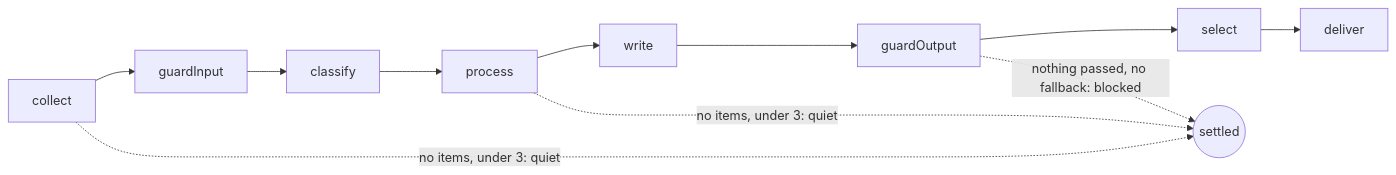
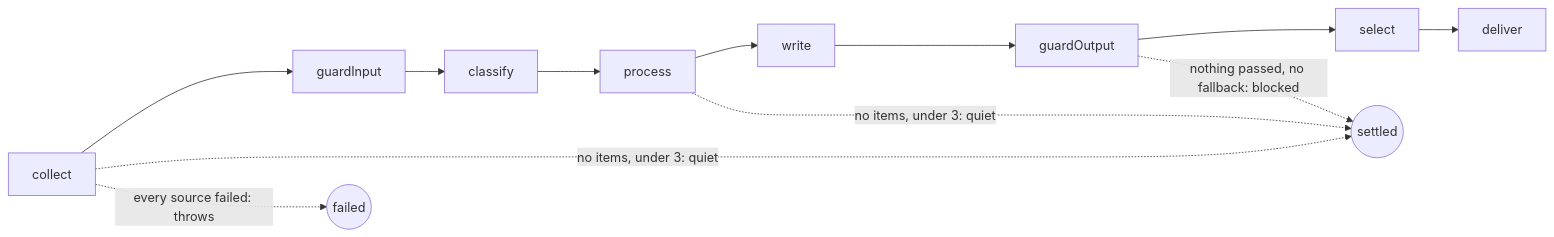
Before and after one commit to odere-pro/weekly-engineering-digest-agent: the diagram in src/digest/stages/CLAUDE.md, drawn with Mermaid. The commit also changed other lines of this file and 72 other files, not shown here.

````diff
--- a/src/digest/stages/CLAUDE.md
+++ b/src/digest/stages/CLAUDE.md
@@ -9,6 +9,7 @@
 ```mermaid
 flowchart LR
   collect --> guardInput --> classify --> process --> write --> guardOutput --> select --> deliver
   collect & process -.->|"no items, under 3: quiet"| settled(("settled"))
+  collect -.->|"every source failed: throws"| failed(("failed"))
   guardOutput -.->|"nothing passed, no fallback: blocked"| settled
 ```
````
